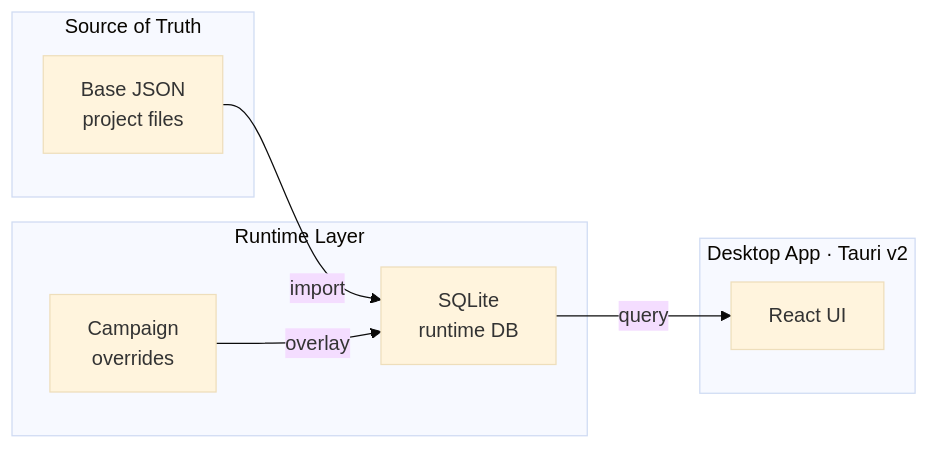
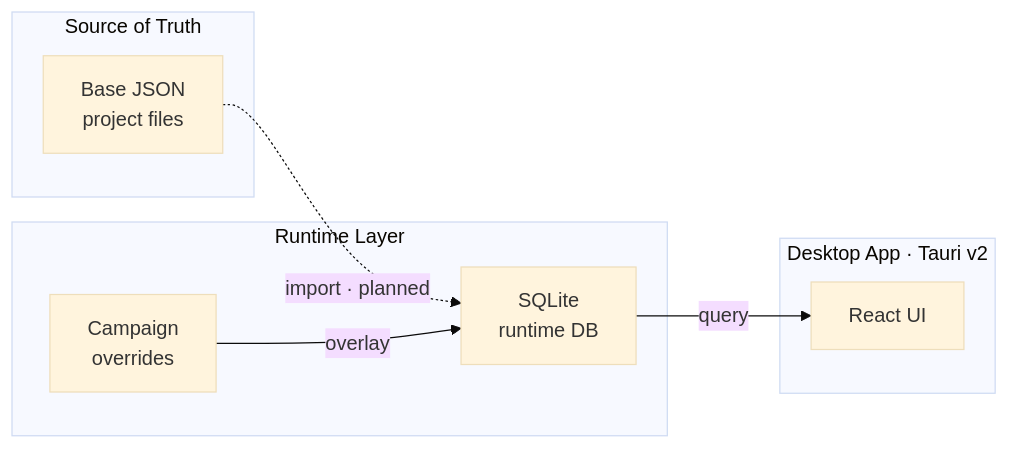
One commit to Djimon/WorldBrain changed the diagram in README.md. Above: the diagram before and after it, drawn with Mermaid (base theme). The commit also changed other lines of this file, not shown here.

````diff
--- a/README.md
+++ b/README.md
@@ -22,19 +22,19 @@
 ```mermaid
 flowchart LR
   subgraph Source["Source of Truth"]
     JSON[Base JSON\nproject files]
   end
 
   subgraph Runtime["Runtime Layer"]
     SQLite[SQLite\nruntime DB]
     Campaign[Campaign\noverrides]
   end
 
   subgraph App["Desktop App · Tauri v2"]
     UI[React UI]
   end
 
-  JSON -->|import| SQLite
+  JSON -.->|import · planned| SQLite
   Campaign -->|overlay| SQLite
   SQLite -->|query| UI
 ```
````
